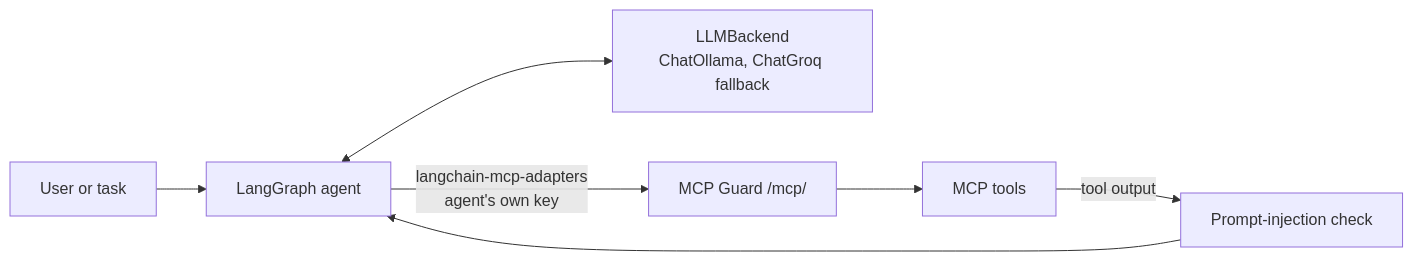
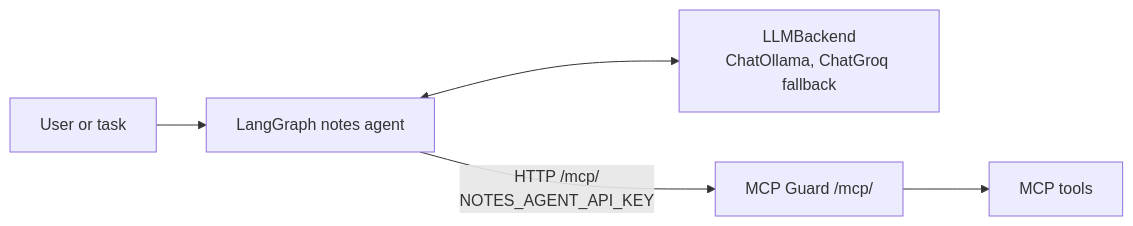
Before and after one commit to aneek22112007-tech/mcp-a2a-secure: the third of 3 diagrams in README.md, drawn with Mermaid. The commit also changed other lines of this file and 20 other files, not shown here.

First line of the commit message:
feat(api): add the notes agent and LLM backend

````diff
--- a/README.md
+++ b/README.md
@@ -146,9 +153,7 @@
 ```mermaid
 flowchart LR
-    U["User or task"] --> AG["LangGraph agent"]
+    U["User or task"] --> AG["LangGraph notes agent"]
     AG <--> LLM["LLMBackend<br/>ChatOllama, ChatGroq fallback"]
-    AG -->|"langchain-mcp-adapters<br/>agent's own key"| MG["MCP Guard /mcp/"]
+    AG -->|"HTTP /mcp/<br/>NOTES_AGENT_API_KEY"| MG["MCP Guard /mcp/"]
     MG --> T["MCP tools"]
-    T -->|"tool output"| PI["Prompt-injection check"]
-    PI --> AG
 ```
````
